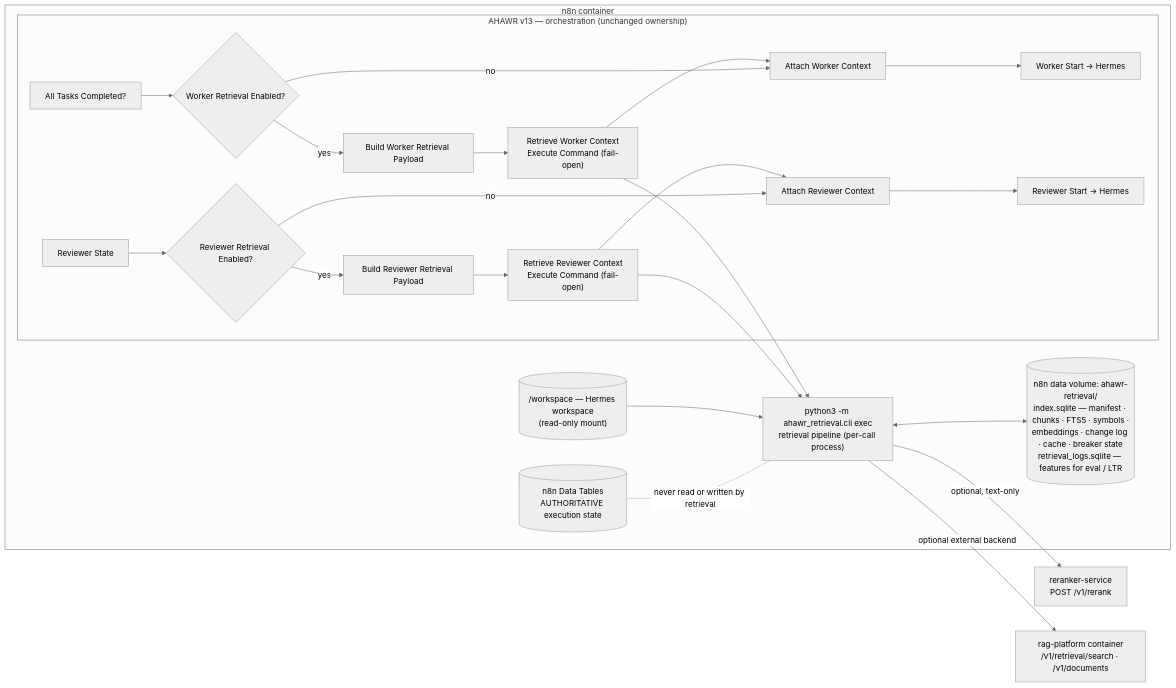
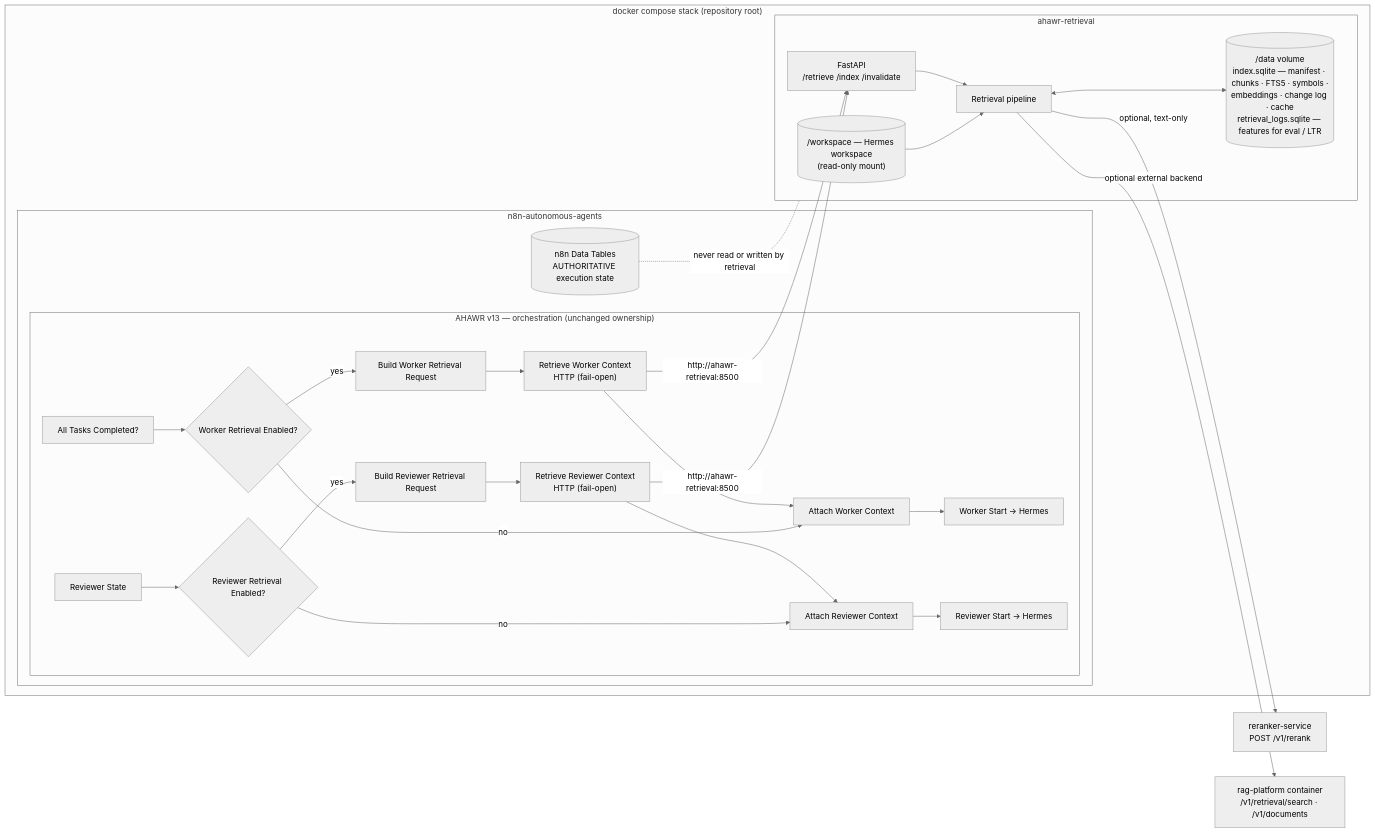
Before and after one commit to Sa1avatus/n8n-agent-orchestrator: the diagram in docs/retrieval/ARCHITECTURE.md, drawn with Mermaid (neutral theme). The commit also changed other lines of this file and 18 other files, not shown here.

First line of the commit message:
Run ahawr-retrieval as its own container in the n8n compose stack

````diff
--- a/docs/retrieval/ARCHITECTURE.md
+++ b/docs/retrieval/ARCHITECTURE.md
@@ -16,26 +16,28 @@
 ```mermaid
 flowchart LR
-    subgraph N8N["n8n container"]
-        subgraph WF["AHAWR v13 — orchestration (unchanged ownership)"]
-            AT["All Tasks Completed?"] --> WI{"Worker Retrieval Enabled?"}
-            WI -- yes --> WB["Build Worker Retrieval Payload"] --> WR["Retrieve Worker Context<br/>Execute Command (fail-open)"] --> WA["Attach Worker Context"]
-            WI -- no --> WA
-            WA --> WS["Worker Start → Hermes"]
-            RS["Reviewer State"] --> RI{"Reviewer Retrieval Enabled?"}
-            RI -- yes --> RB["Build Reviewer Retrieval Payload"] --> RR["Retrieve Reviewer Context<br/>Execute Command (fail-open)"] --> RA["Attach Reviewer Context"]
-            RI -- no --> RA
-            RA --> RVS["Reviewer Start → Hermes"]
+    subgraph STACK["docker compose stack (repository root)"]
+        subgraph N8N["n8n-autonomous-agents"]
+            subgraph WF["AHAWR v13 — orchestration (unchanged ownership)"]
+                AT["All Tasks Completed?"] --> WI{"Worker Retrieval Enabled?"}
+                WI -- yes --> WB["Build Worker Retrieval Request"] --> WR["Retrieve Worker Context<br/>HTTP (fail-open)"] --> WA["Attach Worker Context"]
+                WI -- no --> WA
+                WA --> WS["Worker Start → Hermes"]
+                RS["Reviewer State"] --> RI{"Reviewer Retrieval Enabled?"}
+                RI -- yes --> RB["Build Reviewer Retrieval Request"] --> RR["Retrieve Reviewer Context<br/>HTTP (fail-open)"] --> RA["Attach Reviewer Context"]
+                RI -- no --> RA
+                RA --> RVS["Reviewer Start → Hermes"]
+            end
+            DT[("n8n Data Tables<br/>AUTHORITATIVE execution state")]
         end
-        CLI["python3 -m ahawr_retrieval.cli exec<br/>retrieval pipeline (per-call process)"]
-        LOCAL[("n8n data volume: ahawr-retrieval/<br/>index.sqlite — manifest · chunks · FTS5 · symbols ·<br/>embeddings · change log · cache · breaker state<br/>retrieval_logs.sqlite — features for eval / LTR")]
-        WSP[("/workspace — Hermes workspace<br/>(read-only mount)")]
-        DT[("n8n Data Tables<br/>AUTHORITATIVE execution state")]
+        subgraph RET["ahawr-retrieval"]
+            API["FastAPI<br/>/retrieve /index /invalidate"] --> PIPE["Retrieval pipeline"]
+            PIPE <--> LOCAL[("/data volume<br/>index.sqlite — manifest · chunks · FTS5 · symbols ·<br/>embeddings · change log · cache<br/>retrieval_logs.sqlite — features for eval / LTR")]
+            WSP[("/workspace — Hermes workspace<br/>(read-only mount)")] --> PIPE
+        end
     end
-    WR --> CLI
-    RR --> CLI
-    CLI <--> LOCAL
-    WSP --> CLI
-    CLI -- "optional, text-only" --> RER["reranker-service<br/>POST /v1/rerank"]
-    CLI -- "optional external backend" --> RAG["rag-platform container<br/>/v1/retrieval/search · /v1/documents"]
-    DT -. "never read or written by retrieval" .- CLI
+    WR -- "http://ahawr-retrieval:8500" --> API
+    RR -- "http://ahawr-retrieval:8500" --> API
+    PIPE -- "optional, text-only" --> RER["reranker-service<br/>POST /v1/rerank"]
+    PIPE -- "optional external backend" --> RAG["rag-platform container<br/>/v1/retrieval/search · /v1/documents"]
+    DT -. "never read or written by retrieval" .- RET
 ```
````
